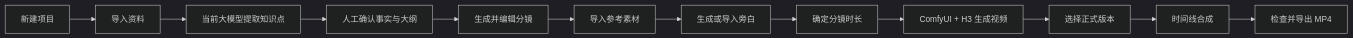
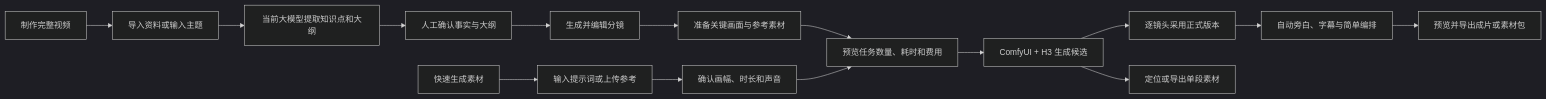
The first of 5 diagrams in MVP.md (woniu101/zhihua), drawn with Mermaid (dark theme) before and after one commit. The commit also changed other lines of this file, not shown here.

````diff
--- a/MVP.md
+++ b/MVP.md
@@ -216,14 +240,18 @@
 ```mermaid
 flowchart LR
-    A[新建项目] --> B[导入资料]
-    B --> C[当前大模型提取知识点]
+    A[制作完整视频] --> B[导入资料或输入主题]
+    B --> C[当前大模型提取知识点和大纲]
     C --> D[人工确认事实与大纲]
     D --> E[生成并编辑分镜]
-    E --> F[导入参考素材]
-    F --> G[生成或导入旁白]
-    G --> H[确定分镜时长]
-    H --> I[ComfyUI + H3 生成视频]
-    I --> J[选择正式版本]
-    J --> K[时间线合成]
-    K --> L[检查并导出 MP4]
+    E --> F[准备关键画面与参考素材]
+    F --> G[预览任务数量、耗时和费用]
+    G --> H[ComfyUI + H3 生成候选]
+    H --> I[逐镜头采用正式版本]
+    I --> J[自动旁白、字幕与简单编排]
+    J --> K[预览并导出成片或素材包]
+
+    Q[快速生成素材] --> R[输入提示词或上传参考]
+    R --> S[确认画幅、时长和声音]
+    S --> G
+    H --> T[定位或导出单段素材]
 ```
````
